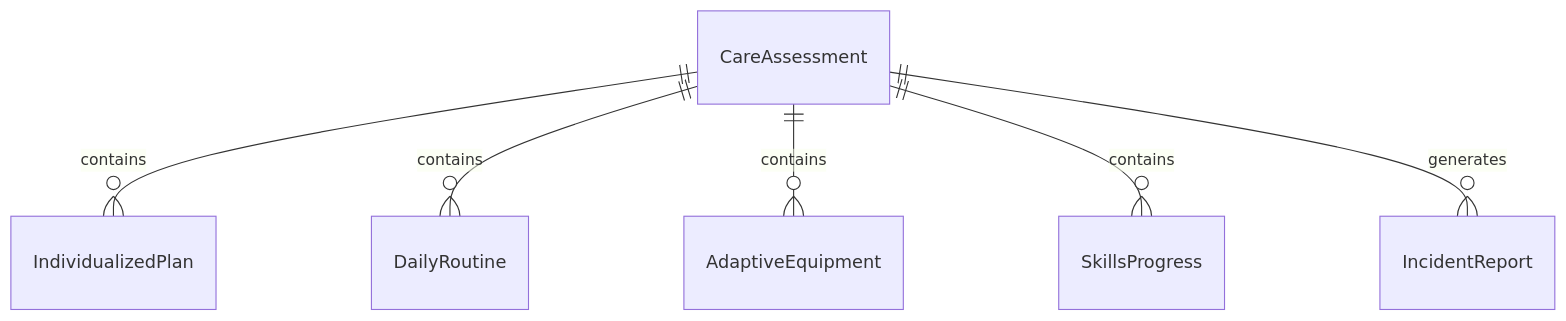
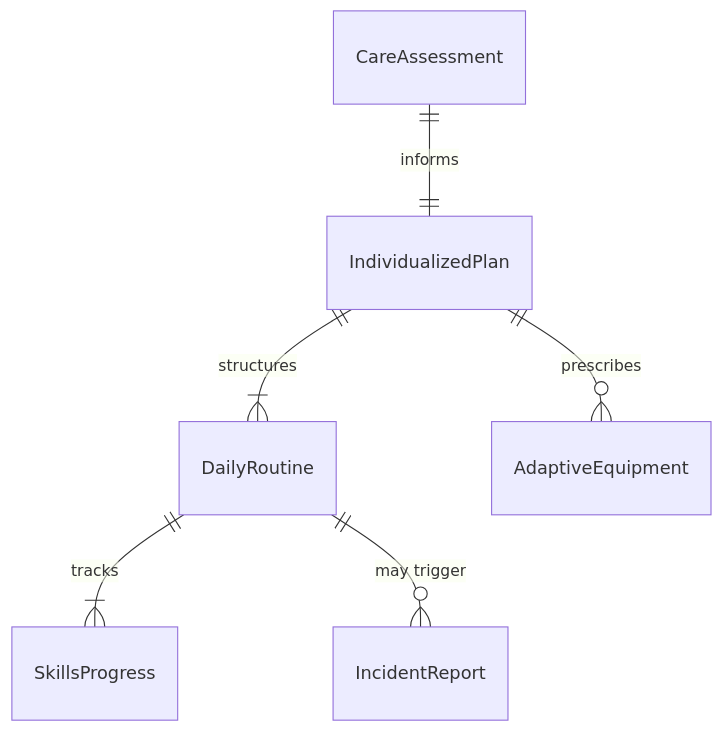
One commit to dot-org-ai/tasks.org.ai changed the first of 4 diagrams in AssistingAndCaringForOthers/AssistIndividualsWithSpecialNeeds/AssistIndividualsSpecialNeeds.mdx. Above: the diagram before and after it, drawn with Mermaid. The commit also changed other lines of this file and 32 other files, not shown here.

First line of the commit message:
fix: Improve ER and State diagrams in 32 AssistingAndCaringForOthers DWA files

````diff
--- a/AssistingAndCaringForOthers/AssistIndividualsWithSpecialNeeds/AssistIndividualsSpecialNeeds.mdx
+++ b/AssistingAndCaringForOthers/AssistIndividualsWithSpecialNeeds/AssistIndividualsSpecialNeeds.mdx
@@ -88,8 +88,8 @@
 ```mermaid
 erDiagram
-    CareAssessment ||--o{ IndividualizedPlan : contains
-    CareAssessment ||--o{ DailyRoutine : contains
-    CareAssessment ||--o{ AdaptiveEquipment : contains
-    CareAssessment ||--o{ SkillsProgress : contains
-    CareAssessment ||--o{ IncidentReport : generates
+    CareAssessment ||--|| IndividualizedPlan : informs
+    IndividualizedPlan ||--|{ DailyRoutine : structures
+    IndividualizedPlan ||--o{ AdaptiveEquipment : prescribes
+    DailyRoutine ||--|{ SkillsProgress : tracks
+    DailyRoutine ||--o{ IncidentReport : "may trigger"
 ```
````
